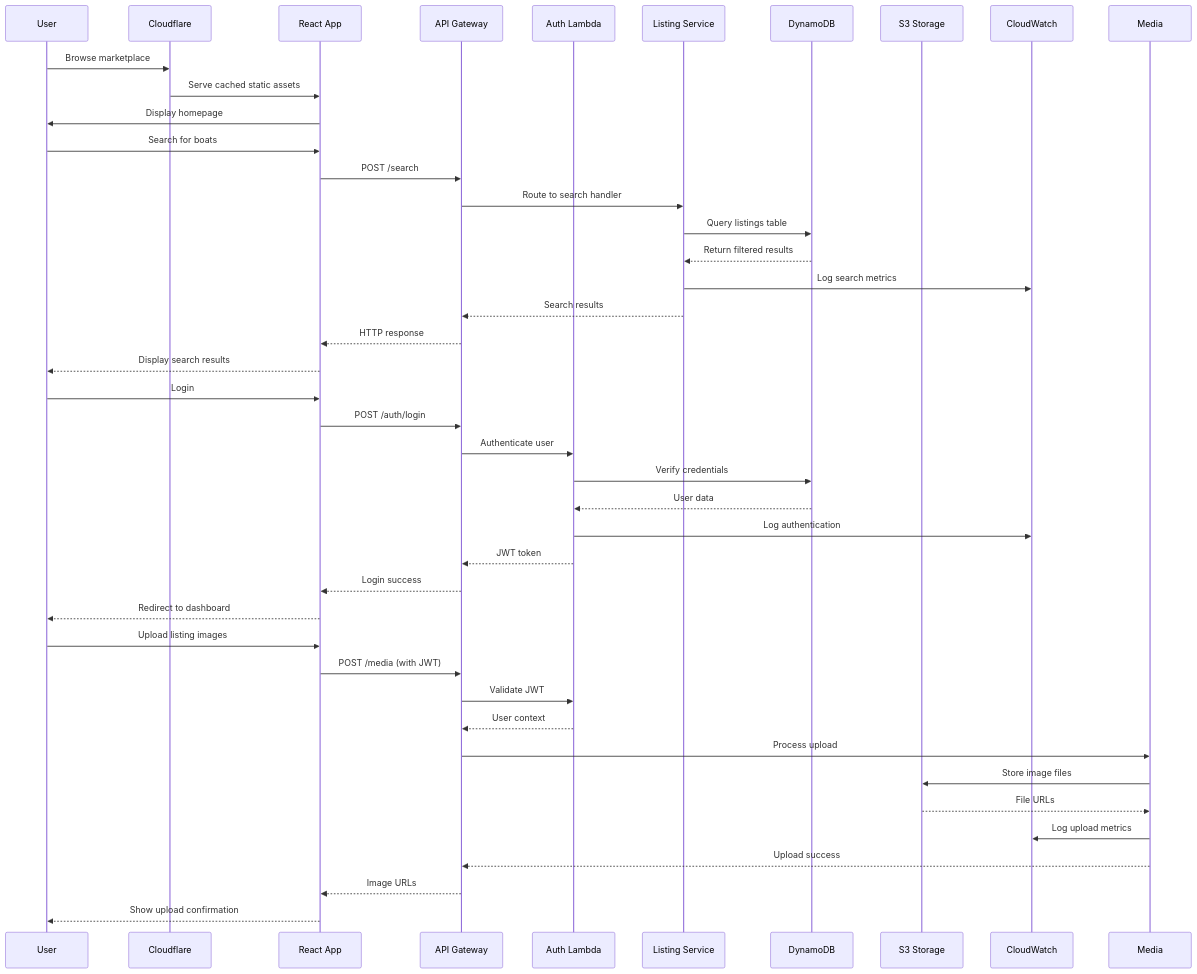
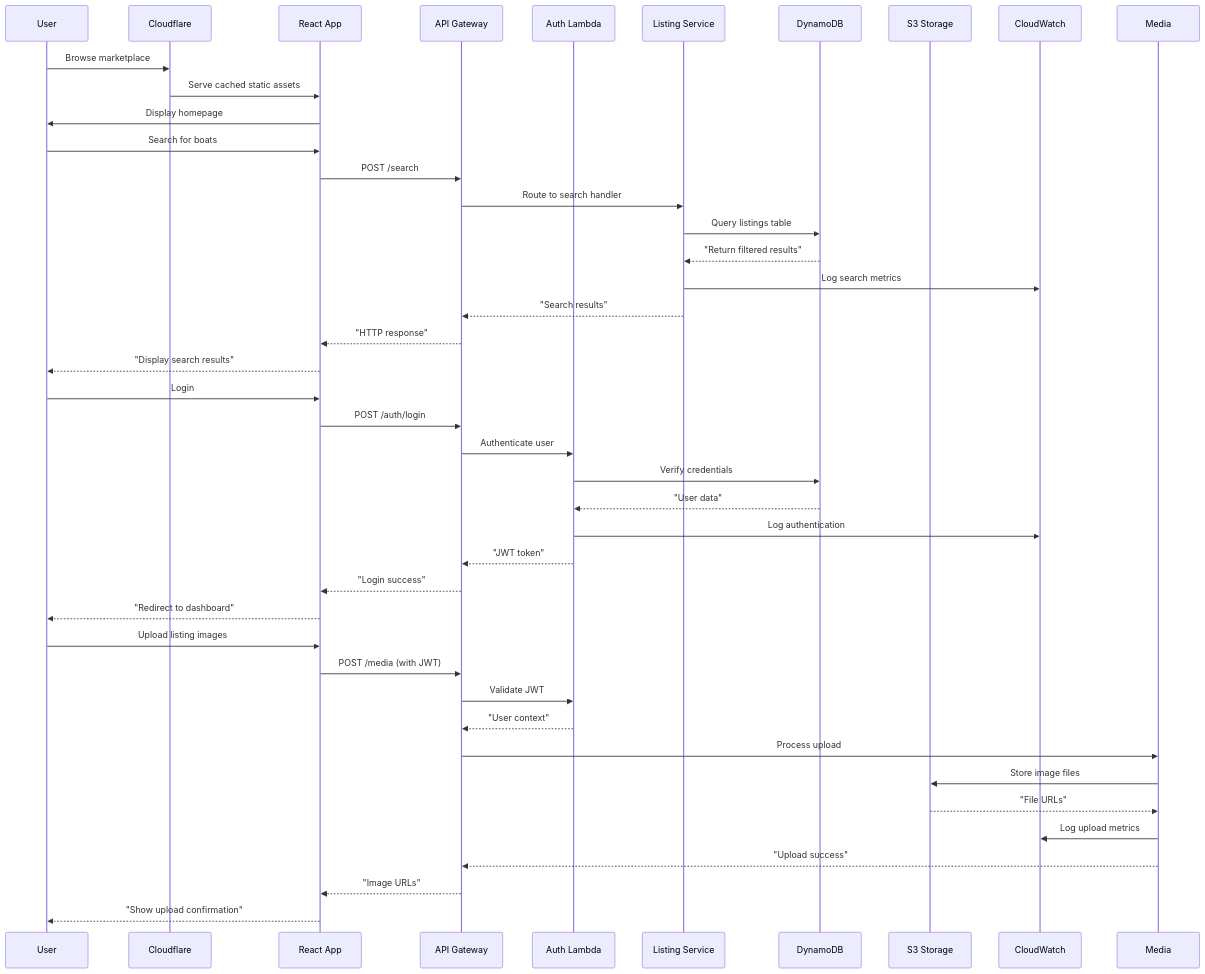
Before and after one commit to felixep/harborlist-marketplace: the third of 12 diagrams in docs/architecture/README.md, drawn with Mermaid. The commit also changed other lines of this file and 8 other files, not shown here.

First line of the commit message:
🔧 Fix Mermaid diagram rendering issues while preserving layouts

````diff
--- a/docs/architecture/README.md
+++ b/docs/architecture/README.md
@@ -229,48 +229,48 @@
 ```mermaid
 sequenceDiagram
     participant U as User
     participant CF as Cloudflare
     participant UI as React App
     participant AG as API Gateway
     participant Auth as Auth Lambda
     participant LS as Listing Service
     participant DDB as DynamoDB
     participant S3 as S3 Storage
     participant CW as CloudWatch
     
     U->>CF: Browse marketplace
     CF->>UI: Serve cached static assets
     UI->>U: Display homepage
     
     U->>UI: Search for boats
     UI->>AG: POST /search
     AG->>LS: Route to search handler
     LS->>DDB: Query listings table
-    DDB-->>LS: Return filtered results
+    DDB-->>LS: "Return filtered results"
     LS->>CW: Log search metrics
-    LS-->>AG: Search results
-    AG-->>UI: HTTP response
-    UI-->>U: Display search results
+    LS-->>AG: "Search results"
+    AG-->>UI: "HTTP response"
+    UI-->>U: "Display search results"
     
     U->>UI: Login
     UI->>AG: POST /auth/login
     AG->>Auth: Authenticate user
     Auth->>DDB: Verify credentials
-    DDB-->>Auth: User data
+    DDB-->>Auth: "User data"
     Auth->>CW: Log authentication
-    Auth-->>AG: JWT token
-    AG-->>UI: Login success
-    UI-->>U: Redirect to dashboard
+    Auth-->>AG: "JWT token"
+    AG-->>UI: "Login success"
+    UI-->>U: "Redirect to dashboard"
     
     U->>UI: Upload listing images
     UI->>AG: POST /media (with JWT)
     AG->>Auth: Validate JWT
-    Auth-->>AG: User context
+    Auth-->>AG: "User context"
     AG->>Media: Process upload
     Media->>S3: Store image files
-    S3-->>Media: File URLs
+    S3-->>Media: "File URLs"
     Media->>CW: Log upload metrics
-    Media-->>AG: Upload success
-    AG-->>UI: Image URLs
-    UI-->>U: Show upload confirmation
+    Media-->>AG: "Upload success"
+    AG-->>UI: "Image URLs"
+    UI-->>U: "Show upload confirmation"
 ```
````
